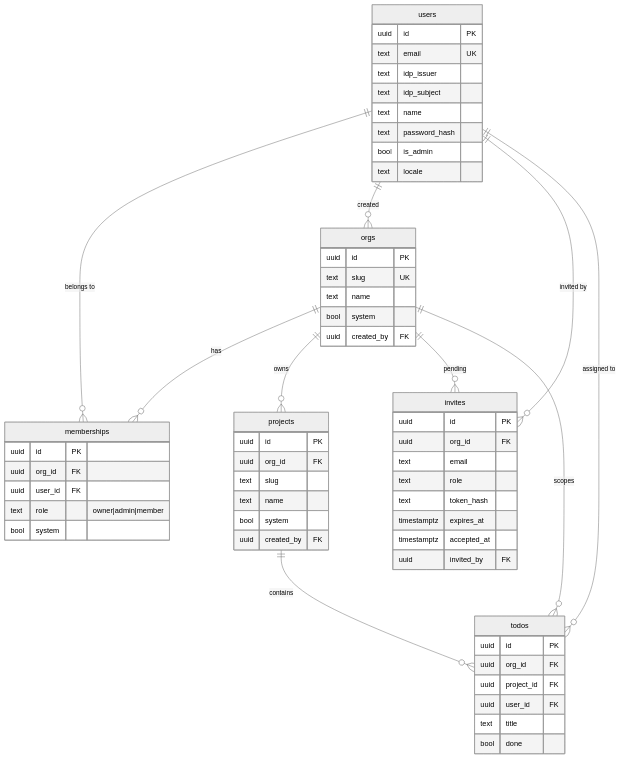
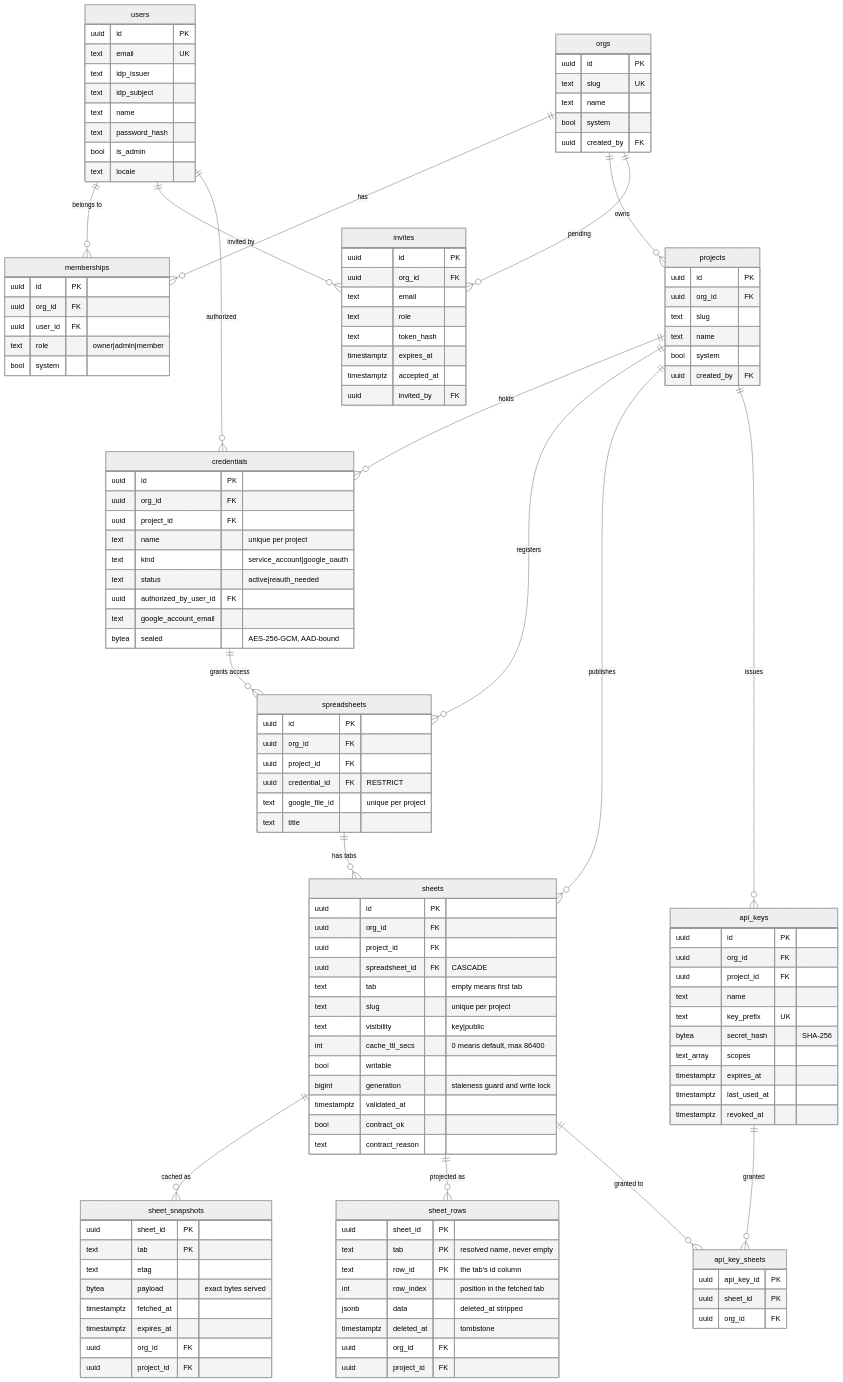
Before and after one commit to altalune-id/opensheet: the diagram in schema/README.md, drawn with Mermaid (neutral theme). The commit also changed other lines of this file and 363 other files, not shown here.

````diff
--- a/schema/README.md
+++ b/schema/README.md
@@ -29,14 +59,21 @@
 ```mermaid
 erDiagram
     users ||--o{ memberships : "belongs to"
-    users ||--o{ orgs : "created"
     users ||--o{ invites : "invited by"
-    users ||--o{ todos : "assigned to"
+    users ||--o{ credentials : "authorized"
     orgs ||--o{ memberships : "has"
     orgs ||--o{ projects : "owns"
     orgs ||--o{ invites : "pending"
-    orgs ||--o{ todos : "scopes"
-    projects ||--o{ todos : "contains"
+    projects ||--o{ credentials : "holds"
+    projects ||--o{ spreadsheets : "registers"
+    projects ||--o{ sheets : "publishes"
+    projects ||--o{ api_keys : "issues"
+    credentials ||--o{ spreadsheets : "grants access"
+    spreadsheets ||--o{ sheets : "has tabs"
+    sheets ||--o{ sheet_snapshots : "cached as"
+    sheets ||--o{ sheet_rows : "projected as"
+    api_keys ||--o{ api_key_sheets : "granted"
+    sheets ||--o{ api_key_sheets : "granted to"
 
     users {
         uuid id PK
@@ -80,12 +117,75 @@
         timestamptz accepted_at
         uuid invited_by FK
     }
-    todos {
+    credentials {
         uuid id PK
         uuid org_id FK
         uuid project_id FK
-        uuid user_id FK
+        text name "unique per project"
+        text kind "service_account|google_oauth"
+        text status "active|reauth_needed"
+        uuid authorized_by_user_id FK
+        text google_account_email
+        bytea sealed "AES-256-GCM, AAD-bound"
+    }
+    spreadsheets {
+        uuid id PK
+        uuid org_id FK
+        uuid project_id FK
+        uuid credential_id FK "RESTRICT"
+        text google_file_id "unique per project"
         text title
-        bool done
+    }
+    sheets {
+        uuid id PK
+        uuid org_id FK
+        uuid project_id FK
+        uuid spreadsheet_id FK "CASCADE"
+        text tab "empty means first tab"
+        text slug "unique per project"
+        text visibility "key|public"
+        int cache_ttl_secs "0 means default, max 86400"
+        bool writable
+        bigint generation "staleness guard and write lock"
+        timestamptz validated_at
+        bool contract_ok
+        text contract_reason
+    }
+    api_keys {
+        uuid id PK
+        uuid org_id FK
+        uuid project_id FK
+        text name
+        text key_prefix UK
+        bytea secret_hash "SHA-256"
+        text_array scopes
+        timestamptz expires_at
+        timestamptz last_used_at
+        timestamptz revoked_at
+    }
+    api_key_sheets {
+        uuid api_key_id PK
+        uuid sheet_id PK
+        uuid org_id FK
+    }
+    sheet_snapshots {
+        uuid sheet_id PK
+        text tab PK
+        text etag
+        bytea payload "exact bytes served"
+        timestamptz fetched_at
+        timestamptz expires_at
+        uuid org_id FK
+        uuid project_id FK
+    }
+    sheet_rows {
+        uuid sheet_id PK
+        text tab PK "resolved name, never empty"
+        text row_id PK "the tab's id column"
+        int row_index "position in the fetched tab"
+        jsonb data "deleted_at stripped"
+        timestamptz deleted_at "tombstone"
+        uuid org_id FK
+        uuid project_id FK
     }
 ```
````
